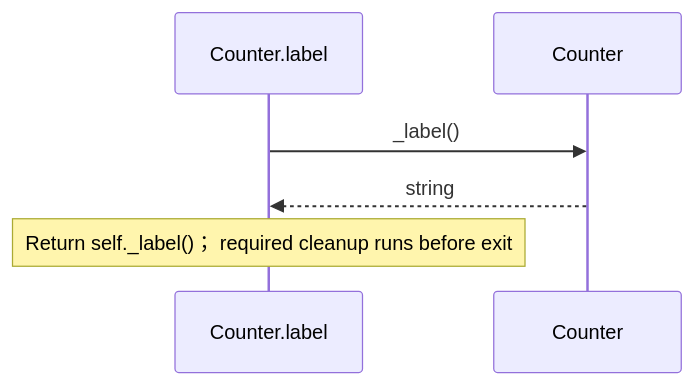
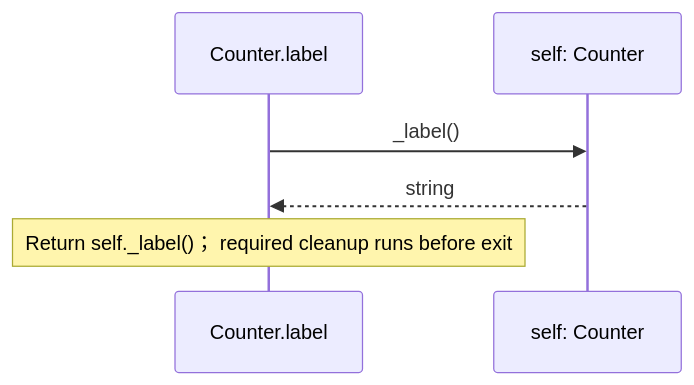
One commit to GreenPandaStudios/augscript changed the fourth of 4 diagrams in docs/examples/visibility/counter-diagrams.md. Above: the diagram before and after it, drawn with Mermaid. The commit also changed 102 other files, not shown here.

Commit message:
Keep named service receivers distinct in sequence data flow

````diff
--- a/docs/examples/visibility/counter-diagrams.md
+++ b/docs/examples/visibility/counter-diagrams.md
@@ -83,8 +83,8 @@
 ```mermaid
 sequenceDiagram
     participant p0 as Counter.label
-    participant p1 as Counter
+    participant p1 as self: Counter
     p0->>p1: _label()
     p1-->>p0: string
     Note over p0: Return self._label()； required cleanup runs before exit
 ```
````
